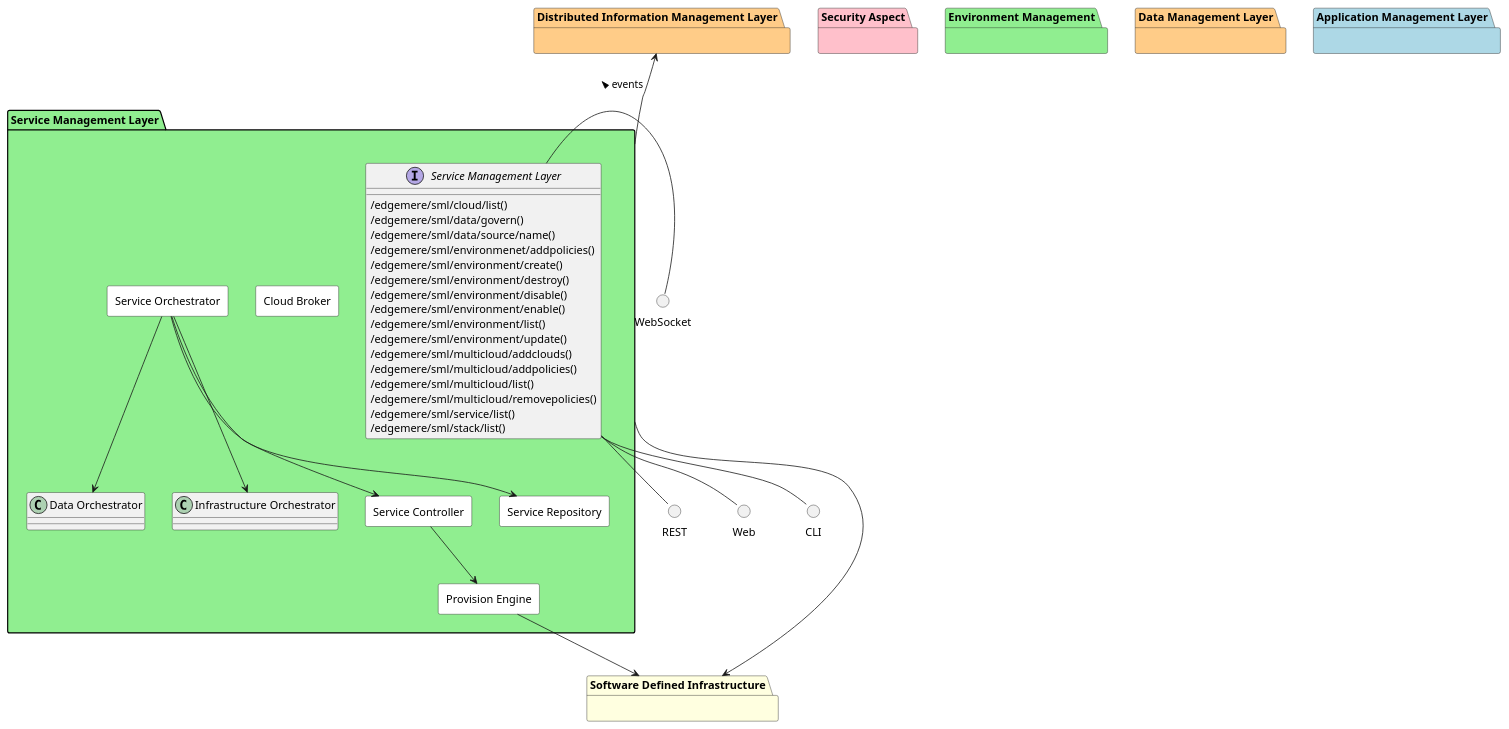
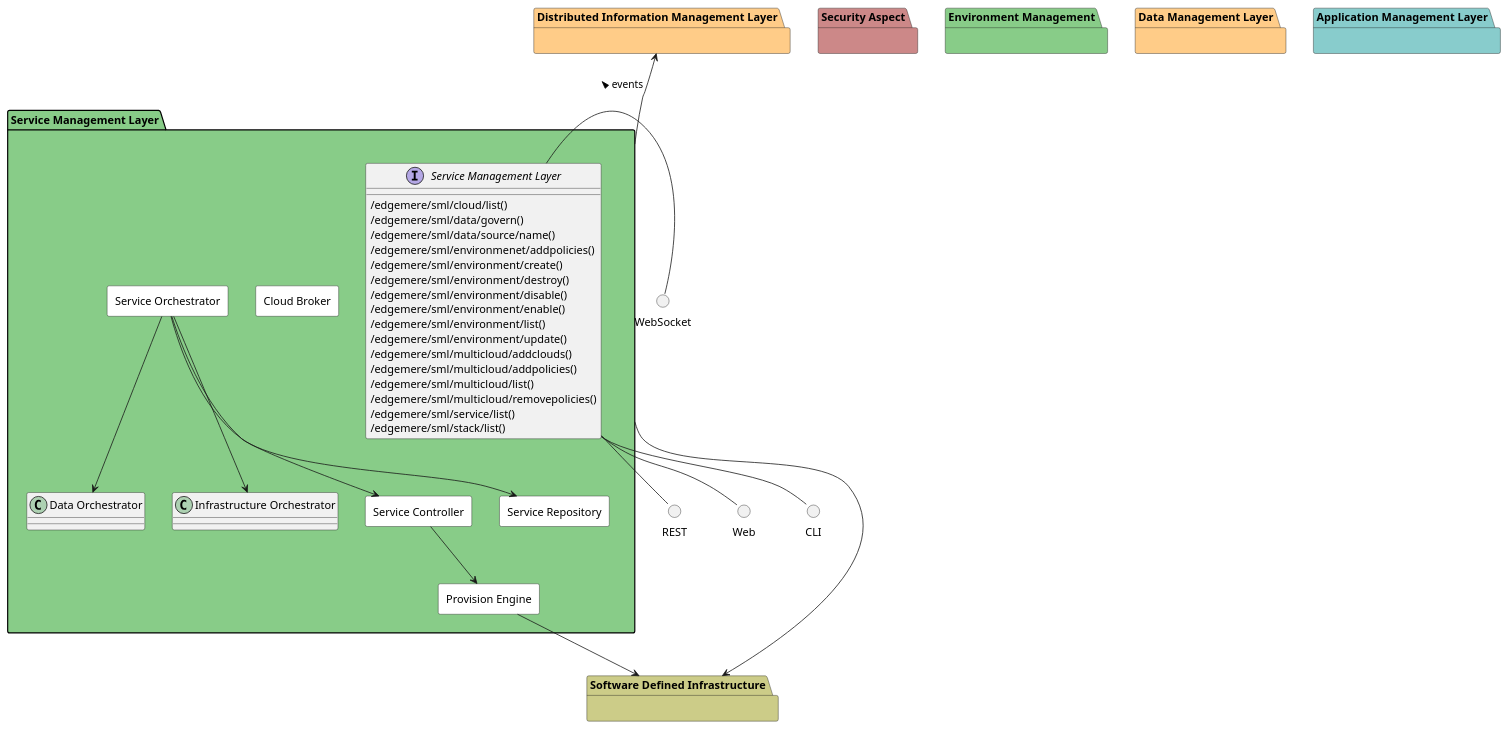
The diagram in docs/edgemere/sml/subpackage.puml (madajaju/edgemere), drawn with PlantUML before and after one commit. The commit also changed 1749 other files, not shown here.

```diff
--- a/docs/edgemere/sml/subpackage.puml
+++ b/docs/edgemere/sml/subpackage.puml
@@ -1,105 +1,105 @@
 @startuml
 
 
-package "Software Defined Infrastructure" #lightyellow {
+package "Software Defined Infrastructure" #cccc88 {
 
 }
 
 package "Distributed Information Management Layer" #ffcc88 {
 
 }
 
-package "Security Aspect" #pink {
+package "Security Aspect" #cc8888 {
 
 }
 
-package "Service Management Layer" #lightgreen {
+package "Service Management Layer" #88cc88 {
 
 }
 
-package "Environment Management" #lightgreen {
+package "Environment Management" #88cc88 {
 
 }
 
 package "Data Management Layer" #ffcc88 {
 
 }
 
-package "Application Management Layer" #lightblue {
+package "Application Management Layer" #88cccc {
 
 }
 
 
-package "Service Management Layer" #lightgreen {
+package "Service Management Layer" #88cc88 {
 
     interface "Service Management Layer" as i {
     
             /edgemere/sml/cloud/list()
             /edgemere/sml/data/govern()
             /edgemere/sml/data/source/name()
             /edgemere/sml/environmenet/addpolicies()
             /edgemere/sml/environment/create()
             /edgemere/sml/environment/destroy()
             /edgemere/sml/environment/disable()
             /edgemere/sml/environment/enable()
             /edgemere/sml/environment/list()
             /edgemere/sml/environment/update()
             /edgemere/sml/multicloud/addclouds()
             /edgemere/sml/multicloud/addpolicies()
             /edgemere/sml/multicloud/list()
             /edgemere/sml/multicloud/removepolicies()
             /edgemere/sml/service/list()
             /edgemere/sml/stack/list()
     
     }
 }
 
 circle REST
 circle Web
 circle CLI
 circle WebSocket
 
 i -down- Web
 i -down- CLI
 i -down- REST
 WebSocket -left- i: events >
 
-package "Service Management Layer" #lightgreen {
+package "Service Management Layer" #88cc88 {
 
 
 rectangle "Cloud Broker" #white {
 }
 
 rectangle "Provision Engine" #white {
 }
 
 rectangle "Service Controller" #white {
 }
 
 rectangle "Service Orchestrator" #white {
 }
 
 rectangle "Service Repository" #white {
 }
 
     "Provision Engine" --> "Software Defined Infrastructure"
     
     "Service Controller" --> "Provision Engine"
     
     "Service Orchestrator" --> "Service Controller"
     
     "Service Orchestrator" --> "Service Repository"
     
     "Service Orchestrator" --> "Data Orchestrator"
     
     "Service Orchestrator" --> "Infrastructure Orchestrator"
     
 }
 
 
     "Software Defined Infrastructure" <-- "Service Management Layer"
 
     "Distributed Information Management Layer" <-- "Service Management Layer"
 
 
 @enduml
```
